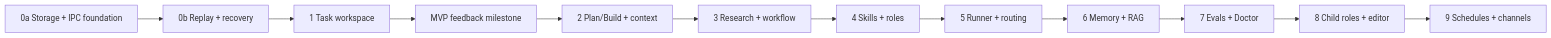
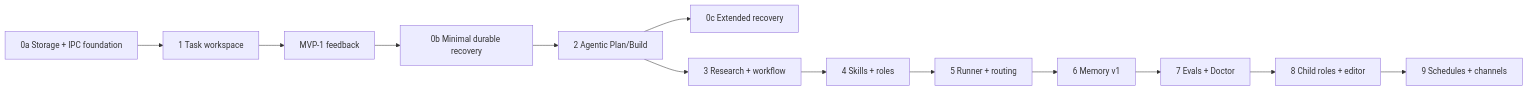
The diagram in docs/plans/evohime-consolidated-plan.md (rkfsociety/EvoHime), drawn with Mermaid before and after one commit. The commit also changed other lines of this file and 1 other file, not shown here.

Commit message:
docs: narrow EvoHime MVP and recovery plan

````diff
--- a/docs/plans/evohime-consolidated-plan.md
+++ b/docs/plans/evohime-consolidated-plan.md
@@ -283,14 +310,15 @@
 ```mermaid
 flowchart LR
-  A["0a Storage + IPC foundation"] --> B["0b Replay + recovery"]
-  B --> C["1 Task workspace"]
-  C --> D["MVP feedback milestone"]
-  D --> E["2 Plan/Build + context"]
-  E --> F["3 Research + workflow"]
-  F --> G["4 Skills + roles"]
-  G --> H["5 Runner + routing"]
-  H --> I["6 Memory + RAG"]
-  I --> J["7 Evals + Doctor"]
-  J --> K["8 Child roles + editor"]
-  K --> L["9 Schedules + channels"]
+  A["0a Storage + IPC foundation"] --> B["1 Task workspace"]
+  B --> C["MVP-1 feedback"]
+  C --> D["0b Minimal durable recovery"]
+  D --> E["2 Agentic Plan/Build"]
+  E --> F["0c Extended recovery"]
+  E --> G["3 Research + workflow"]
+  G --> H["4 Skills + roles"]
+  H --> I["5 Runner + routing"]
+  I --> J["6 Memory v1"]
+  J --> K["7 Evals + Doctor"]
+  K --> L["8 Child roles + editor"]
+  L --> M["9 Schedules + channels"]
 ```
````
